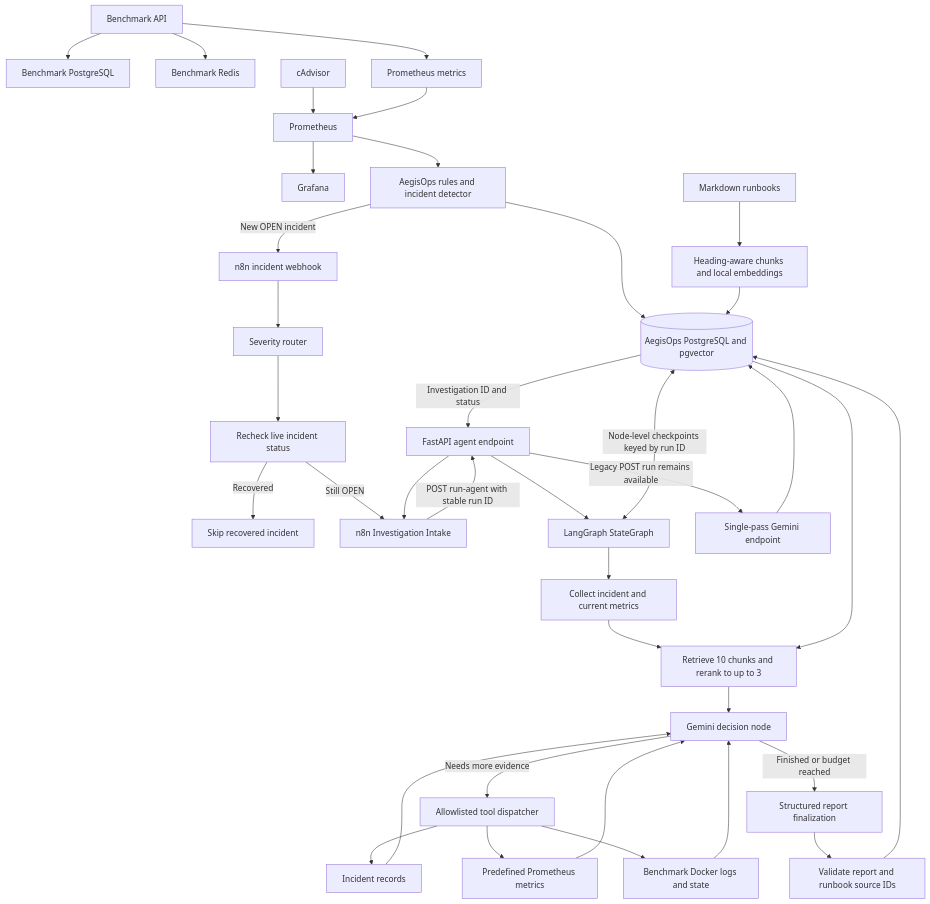
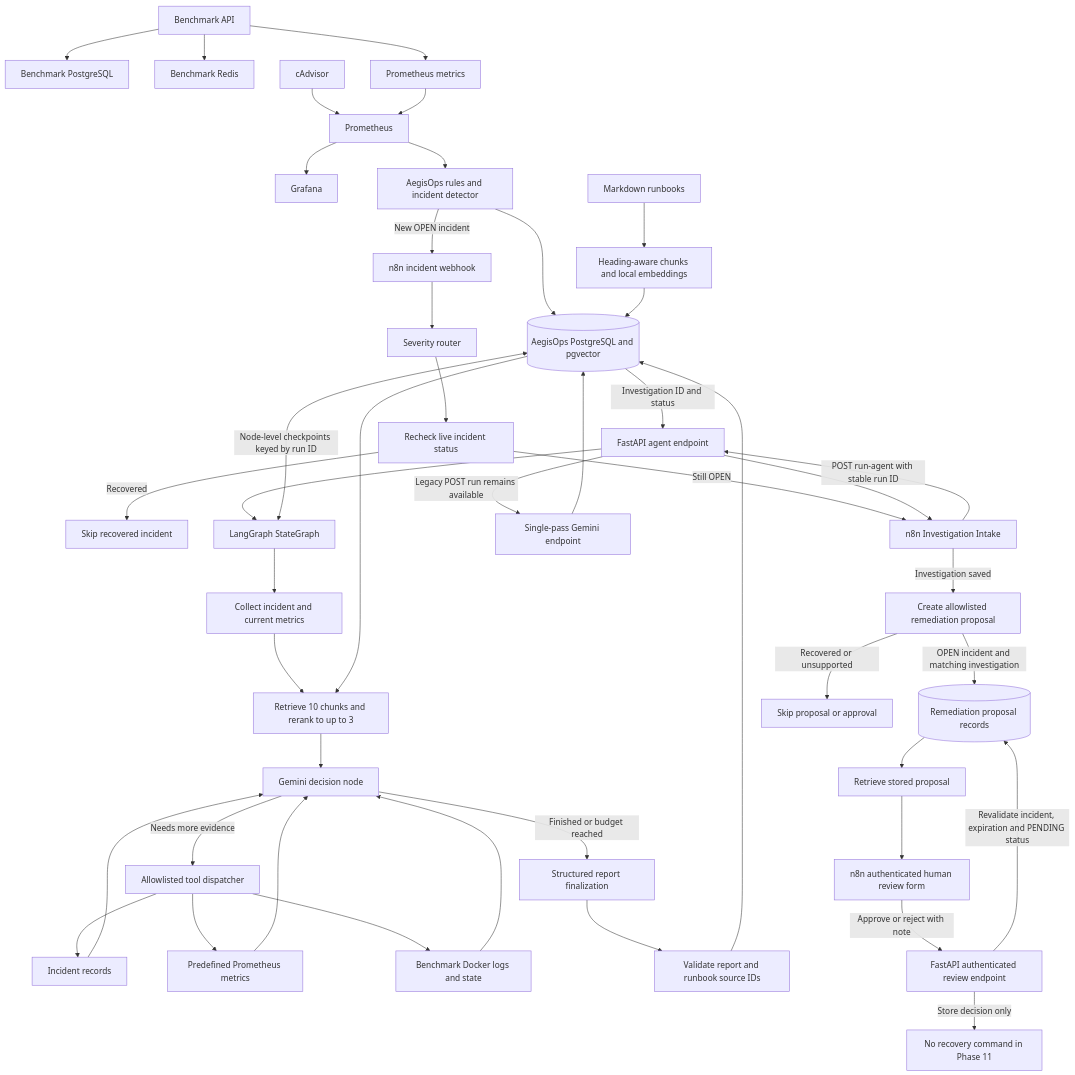
One commit to ushalabs/AegisOps changed the diagram in README.md. Above: the diagram before and after it, drawn with Mermaid. The commit also changed other lines of this file and 9 other files, not shown here.

Commit message:
Phase 11: Human-in-Loop

````diff
--- a/README.md
+++ b/README.md
@@ -15,39 +15,47 @@
 ```mermaid
 flowchart TD
     BA[Benchmark API] --> BP[Benchmark PostgreSQL]
     BA --> BR[Benchmark Redis]
     BA --> PM[Prometheus metrics]
     CAD[cAdvisor] --> PROM[Prometheus]
     PM --> PROM
     PROM --> GRAF[Grafana]
     PROM --> DET[AegisOps rules and incident detector]
     DET --> IDB[(AegisOps PostgreSQL and pgvector)]
     DET -->|New OPEN incident| WH[n8n incident webhook]
     WH --> SEV[Severity router]
     SEV --> STATUS[Recheck live incident status]
     STATUS -->|Recovered| SKIP[Skip recovered incident]
     STATUS -->|Still OPEN| INTAKE[n8n Investigation Intake]
     INTAKE -->|POST run-agent with stable run ID| API[FastAPI agent endpoint]
     API --> GRAPH[LangGraph StateGraph]
     GRAPH --> EVID[Collect incident and current metrics]
     EVID --> RAG[Retrieve 10 chunks and rerank to up to 3]
     RAG --> DECIDE[Gemini decision node]
     DECIDE -->|Needs more evidence| TOOLS[Allowlisted tool dispatcher]
     TOOLS --> T1[Incident records]
     TOOLS --> T2[Predefined Prometheus metrics]
     TOOLS --> T3[Benchmark Docker logs and state]
     T1 --> DECIDE
     T2 --> DECIDE
     T3 --> DECIDE
     DECIDE -->|Finished or budget reached| FINAL[Structured report finalization]
     FINAL --> VALID[Validate report and runbook source IDs]
     VALID --> IDB
     IDB -->|Investigation ID and status| API
     API --> INTAKE
+    INTAKE -->|Investigation saved| PROPOSE[Create allowlisted remediation proposal]
+    PROPOSE -->|OPEN incident and matching investigation| PDB[(Remediation proposal records)]
+    PROPOSE -->|Recovered or unsupported| SKIPPROP[Skip proposal or approval]
+    PDB --> DETAIL[Retrieve stored proposal]
+    DETAIL --> WAIT[n8n authenticated human review form]
+    WAIT -->|Approve or reject with note| REVIEW[FastAPI authenticated review endpoint]
+    REVIEW -->|Revalidate incident, expiration and PENDING status| PDB
+    REVIEW -->|Store decision only| NOEXEC[No recovery command in Phase 11]
     GRAPH <-->|Node-level checkpoints keyed by run ID| IDB
     RUNBOOK[Markdown runbooks] --> CHUNK[Heading-aware chunks and local embeddings]
     CHUNK --> IDB
     IDB --> RAG
     API -->|Legacy POST run remains available| LEGACY[Single-pass Gemini endpoint]
     LEGACY --> IDB
 ```
````
